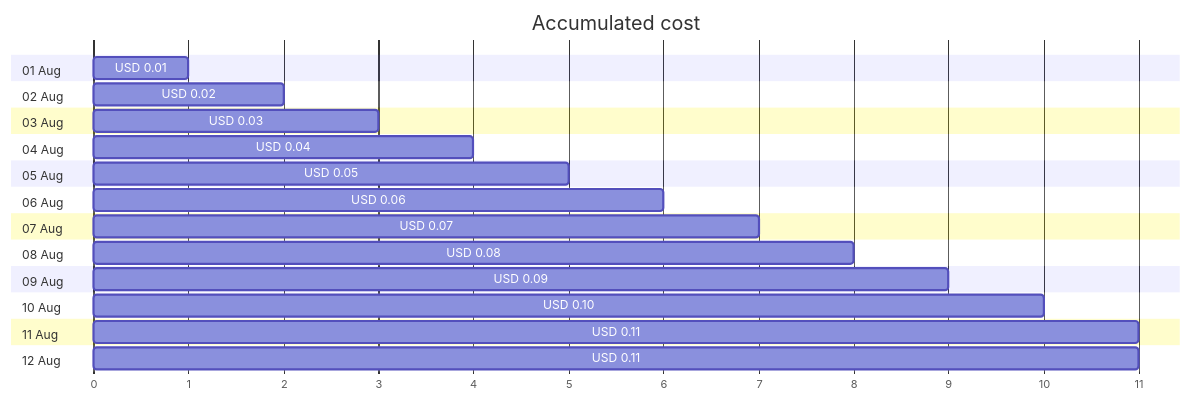
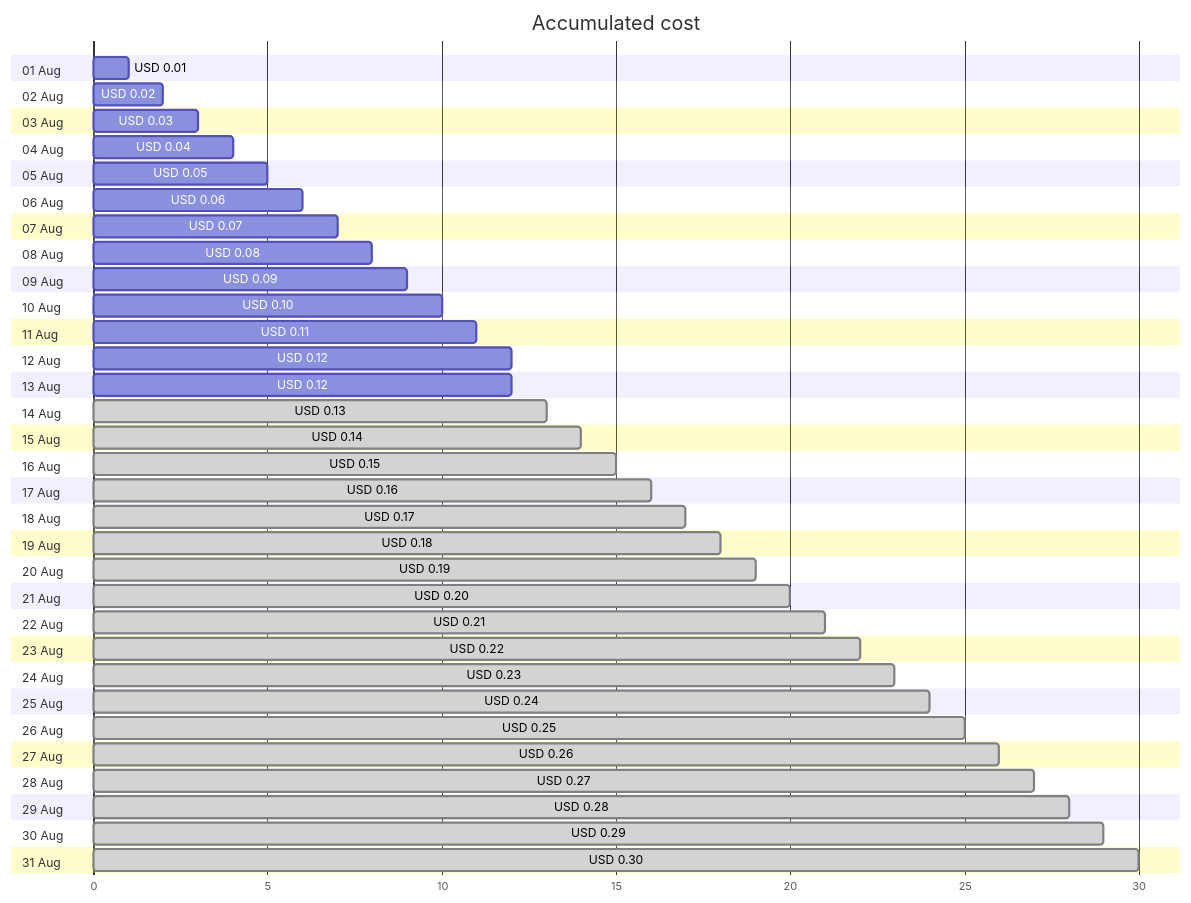
Before and after one commit to jpfulton/azure-personal-reports: the first of 4 diagrams in cost-reports/cloud-shell-storage-eastus/cs2100300008c8d894b.md, drawn with Mermaid. The commit also changed other lines of this file and 1 other file, not shown here.

Commit message:
Generated reports [skip ci]

````diff
--- a/cost-reports/cloud-shell-storage-eastus/cs2100300008c8d894b.md
+++ b/cost-reports/cloud-shell-storage-eastus/cs2100300008c8d894b.md
@@ -20,30 +20,68 @@
 ```mermaid
 gantt
    title Accumulated cost
    dateFormat  X
    axisFormat %s
    section 01 Aug
    USD 0.01 :0, 1
    section 02 Aug
    USD 0.02 :0, 2
    section 03 Aug
    USD 0.03 :0, 3
    section 04 Aug
    USD 0.04 :0, 4
    section 05 Aug
    USD 0.05 :0, 5
    section 06 Aug
    USD 0.06 :0, 6
    section 07 Aug
    USD 0.07 :0, 7
    section 08 Aug
    USD 0.08 :0, 8
    section 09 Aug
    USD 0.09 :0, 9
    section 10 Aug
    USD 0.10 :0, 10
    section 11 Aug
    USD 0.11 :0, 11
    section 12 Aug
-   USD 0.11 :0, 11
+   USD 0.12 :0, 12
+   section 13 Aug
+   USD 0.12 :0, 12
+   section 14 Aug
+   USD 0.13 : done, 0, 13
+   section 15 Aug
+   USD 0.14 : done, 0, 14
+   section 16 Aug
+   USD 0.15 : done, 0, 15
+   section 17 Aug
+   USD 0.16 : done, 0, 16
+   section 18 Aug
+   USD 0.17 : done, 0, 17
+   section 19 Aug
+   USD 0.18 : done, 0, 18
+   section 20 Aug
+   USD 0.19 : done, 0, 19
+   section 21 Aug
+   USD 0.20 : done, 0, 20
+   section 22 Aug
+   USD 0.21 : done, 0, 21
+   section 23 Aug
+   USD 0.22 : done, 0, 22
+   section 24 Aug
+   USD 0.23 : done, 0, 23
+   section 25 Aug
+   USD 0.24 : done, 0, 24
+   section 26 Aug
+   USD 0.25 : done, 0, 25
+   section 27 Aug
+   USD 0.26 : done, 0, 26
+   section 28 Aug
+   USD 0.27 : done, 0, 27
+   section 29 Aug
+   USD 0.28 : done, 0, 28
+   section 30 Aug
+   USD 0.29 : done, 0, 29
+   section 31 Aug
+   USD 0.30 : done, 0, 30
 ```
````
